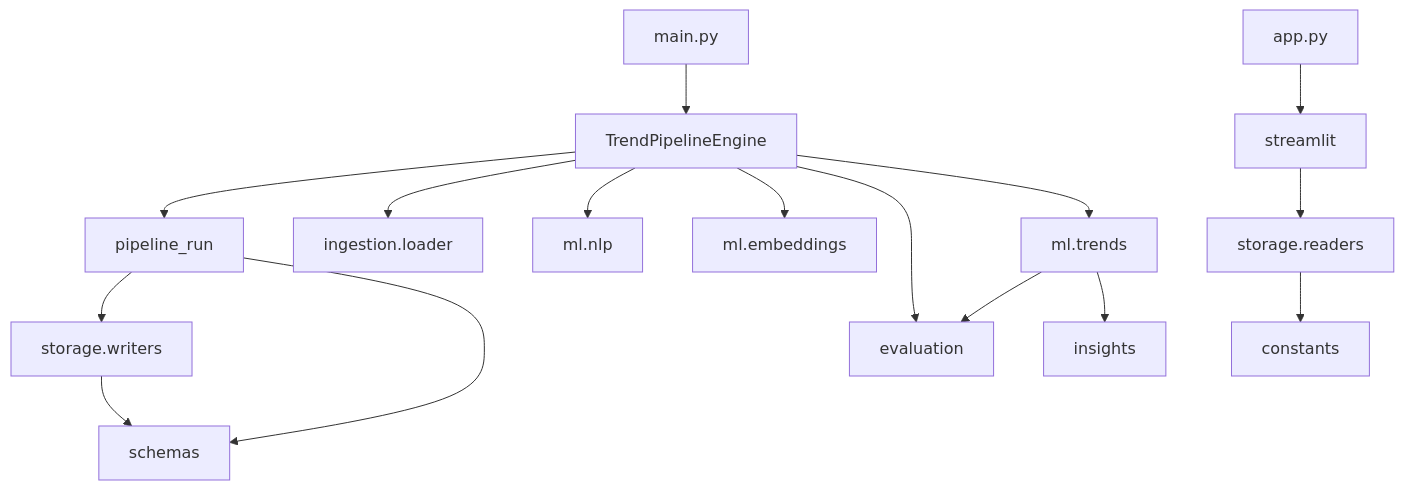
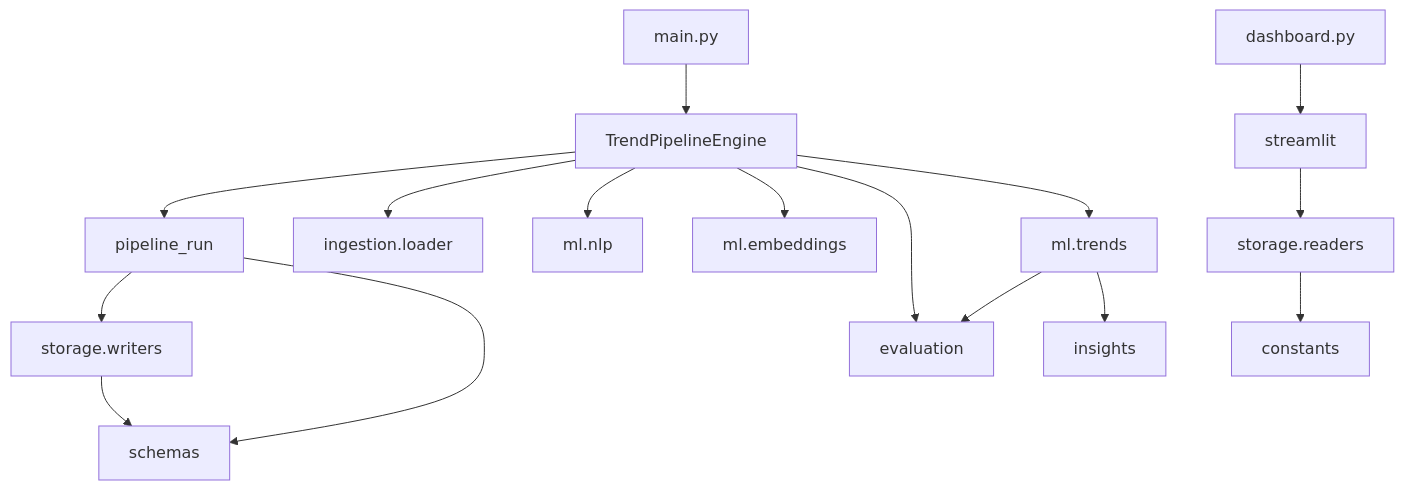
The second of 2 diagrams in docs/architecture.md (shree6791/Mailchimp-Email-Marketing), drawn with Mermaid before and after one commit. The commit also changed other lines of this file and 22 other files, not shown here.

First line of the commit message:
Add FastAPI trend API, Streamlit dashboard entry, and tests

````diff
--- a/docs/architecture.md
+++ b/docs/architecture.md
@@ -109,18 +111,18 @@
 ```mermaid
 flowchart TB
   M[main.py] --> TE[TrendPipelineEngine]
-  A[app.py] --> UI[streamlit]
+  A[dashboard.py] --> UI[streamlit]
   TE --> PR[pipeline_run]
   PR --> W[storage.writers]
   TE --> DL[ingestion.loader]
   TE --> NLP[ml.nlp]
   TE --> EMB[ml.embeddings]
   TE --> EV[evaluation]
   TE --> TRN[ml.trends]
   TRN --> EV
   TRN --> IG[insights]
   UI --> RD[storage.readers]
   PR --> SCH[schemas]
   W --> SCH
   RD --> C[constants]
 ```
````
